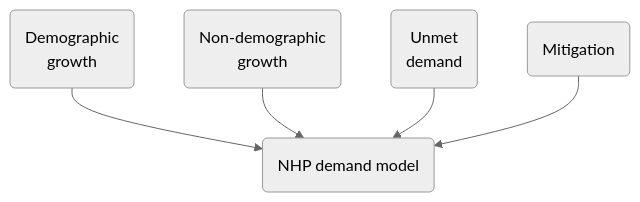
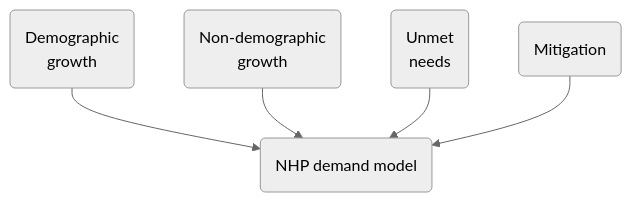
The diagram in index.qmd (The-Strategy-Unit/nhp-model-explainer), drawn with Mermaid (neutral theme) before and after one commit. The commit also changed other lines of this file, not shown here.

````diff
--- a/index.qmd
+++ b/index.qmd
@@ -66,7 +66,7 @@
 ```{mermaid}
 flowchart TD
     B(Demographic <br>growth) --> A(NHP demand model)
     C(Non-demographic <br>growth) --> A
-    D(Unmet <br>demand) --> A
+    D(Unmet <br>needs) --> A
     E(Mitigation) --> A
 ```
````
